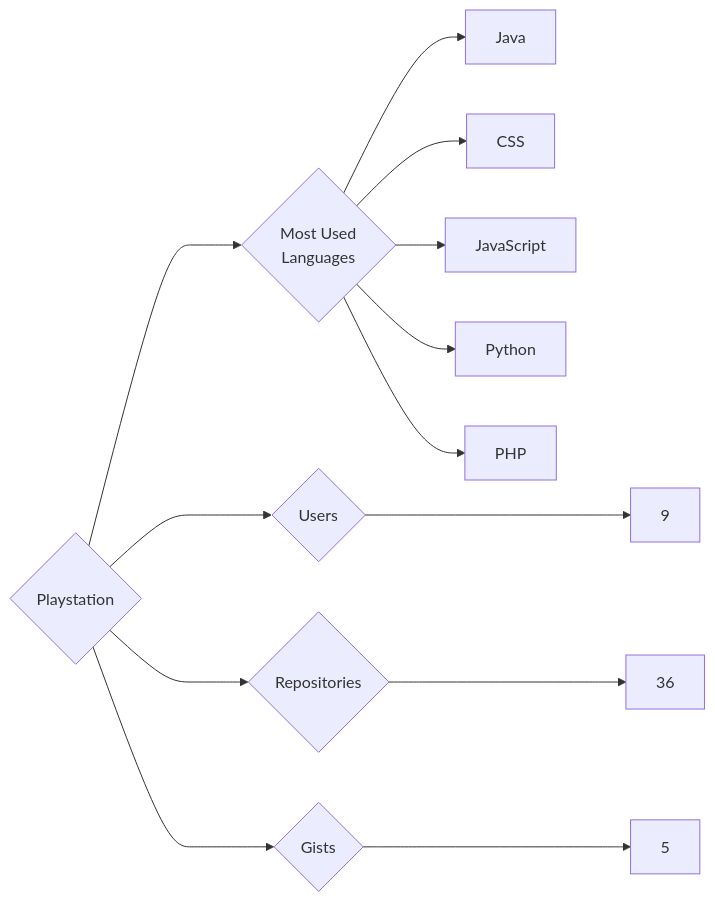
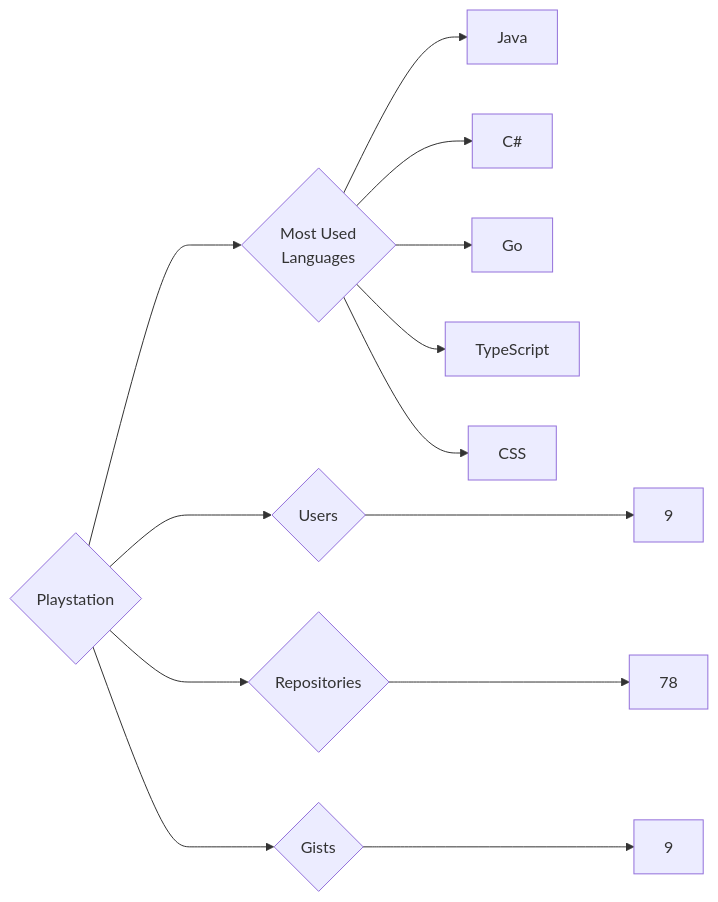
One commit to trickest/insiders changed the diagram in targets/Playstation/README.md. Above: the diagram before and after it, drawn with Mermaid. The commit also changed 886 other files, not shown here.

````diff
--- a/targets/Playstation/README.md
+++ b/targets/Playstation/README.md
@@ -3,13 +3,13 @@
 ```mermaid
 graph LR
 COMPANY_NAME{Playstation}
 COMPANY_NAME ---> U{Users} ---> UN[9]
-COMPANY_NAME ---> R{Repositories} ---> RN[36]
-COMPANY_NAME ---> G{Gists} ---> GN[5]
+COMPANY_NAME ---> R{Repositories} ---> RN[78]
+COMPANY_NAME ---> G{Gists} ---> GN[9]
 COMPANY_NAME ---> ML{Most Used<br>Languages}
 ML --> Java[Java]
+ML --> C#[C#]
+ML --> Go[Go]
+ML --> TypeScript[TypeScript]
 ML --> CSS[CSS]
-ML --> JavaScript[JavaScript]
-ML --> Python[Python]
-ML --> PHP[PHP]
 ```
````
